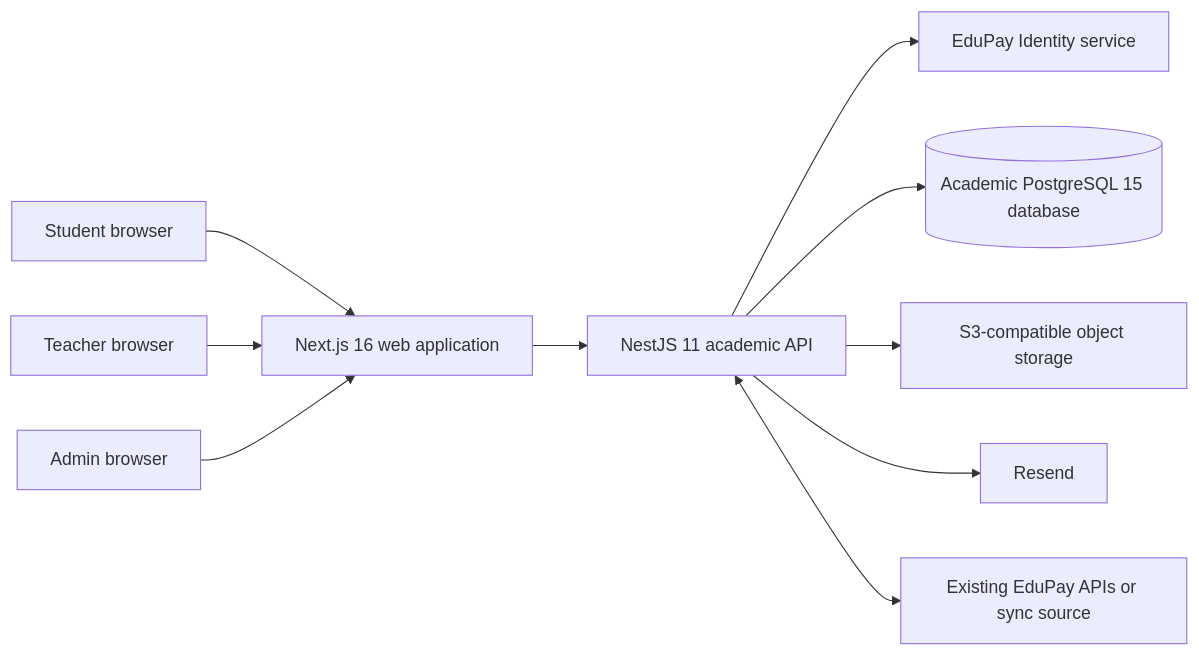
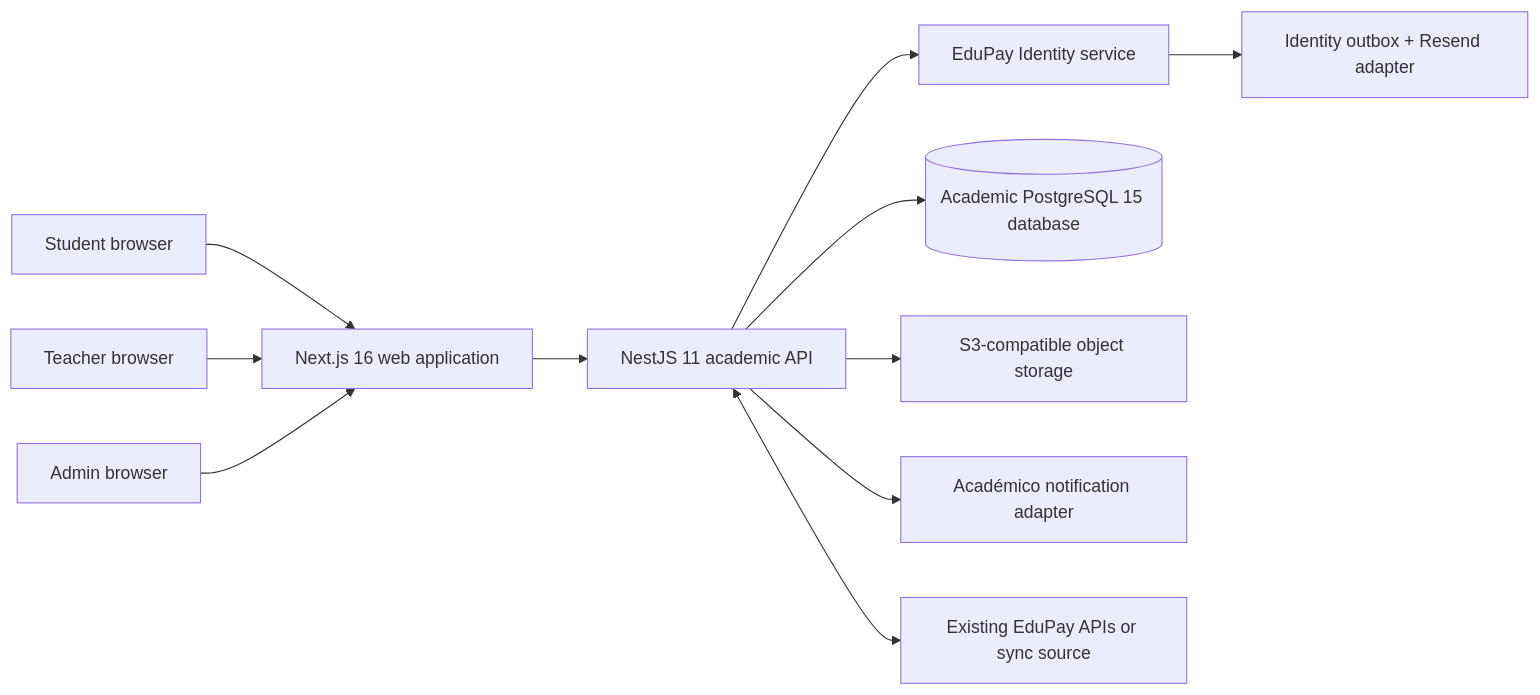
One commit to Sherydans12/edupay-academico changed the diagram in docs/architecture/system-context.md. Above: the diagram before and after it, drawn with Mermaid. The commit also changed other lines of this file and 26 other files, not shown here.

Commit message:
docs: reconcile Identity architecture contracts

````diff
--- a/docs/architecture/system-context.md
+++ b/docs/architecture/system-context.md
@@ -9,23 +9,25 @@
 ```mermaid
 flowchart LR
     Student[Student browser]
     Teacher[Teacher browser]
     Admin[Admin browser]
     Web[Next.js 16 web application]
     API[NestJS 11 academic API]
     Identity[EduPay Identity service]
     AcademicDB[(Academic PostgreSQL 15 database)]
     ObjectStore[S3-compatible object storage]
-    Mail[Resend]
+    AcademicMail[Académico notification adapter]
+    IdentityMail[Identity outbox + Resend adapter]
     EduPay[Existing EduPay APIs or sync source]
 
     Student --> Web
     Teacher --> Web
     Admin --> Web
     Web --> API
     API --> Identity
     API --> AcademicDB
     API --> ObjectStore
-    API --> Mail
+    API --> AcademicMail
+    Identity --> IdentityMail
     API <--> EduPay
 ```
````
